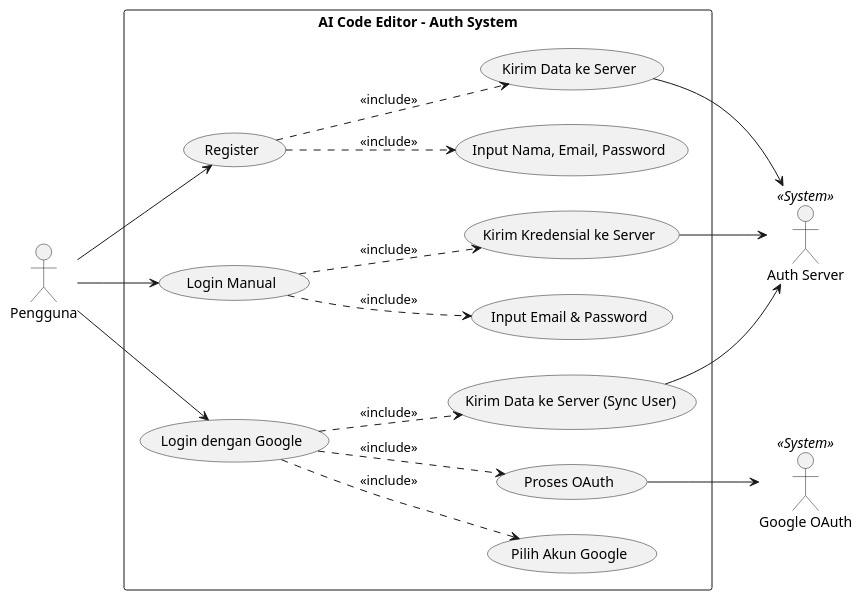
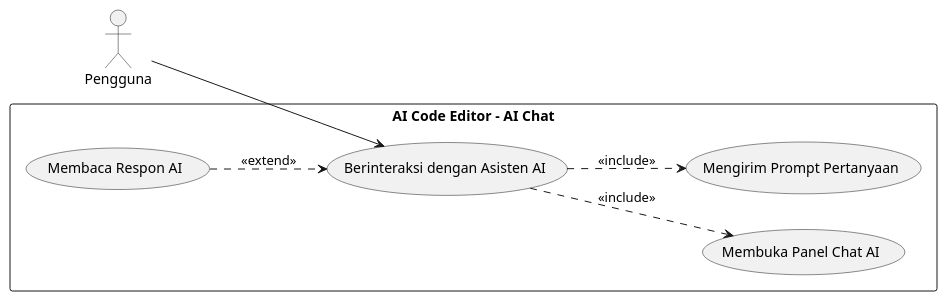
The tenth of 11 diagrams in activity_diagram.md (FAJRIKUN-MAKALALAG/Backend-aicode), drawn with PlantUML before and after one commit. The commit also changed other lines of this file and 1 other file, not shown here.

Commit message:
perbaiki fetch data untuk admin panel kuesioner

````diff
--- a/activity_diagram.md
+++ b/activity_diagram.md
@@ -340,58 +368,25 @@
 ```plantuml
-@startuml UseCase_Auth_Flow_Clean
+@startuml UseCase_AIChat
 left to right direction
 skinparam packageStyle rectangle
 skinparam shadowing false
 
 ' ================= ACTORS =================
 actor "Pengguna" as user
-actor "Google OAuth" as google <<System>>
-actor "Auth Server" as server <<System>>
 
 ' ================= SYSTEM =================
-rectangle "AI Code Editor - Auth System" {
-
-  ' MAIN ACTIONS
-  usecase "Register" as UC_Register
-  usecase "Login Manual" as UC_Login_Manual
-  usecase "Login dengan Google" as UC_Login_Google
-
-  ' REGISTER FLOW
-  usecase "Input Nama, Email, Password" as UC_Input_Register
-  usecase "Kirim Data ke Server" as UC_Send_Register
-
-  ' LOGIN MANUAL FLOW
-  usecase "Input Email & Password" as UC_Input_Login
-  usecase "Kirim Kredensial ke Server" as UC_Send_Login
-
-  ' GOOGLE LOGIN FLOW
-  usecase "Pilih Akun Google" as UC_Select_Google
-  usecase "Proses OAuth" as UC_OAuth
-  usecase "Kirim Data ke Server (Sync User)" as UC_Send_Google
+rectangle "AI Code Editor - AI Chat" {
+  usecase "Membuka Panel Chat AI" as UC_Open
+  usecase "Mengirim Prompt Pertanyaan" as UC_Send
+  usecase "Berinteraksi dengan Asisten AI" as UC_Chat
+  usecase "Membaca Respon AI" as UC_Receive
 }
 
-' ================= USER =================
-user --> UC_Register
-user --> UC_Login_Manual
-user --> UC_Login_Google
+' ================= RELATIONS =================
+user --> UC_Chat
 
-' ================= REGISTER =================
-UC_Register ..> UC_Input_Register : <<include>>
-UC_Register ..> UC_Send_Register : <<include>>
-UC_Send_Register --> server
-
-' ================= LOGIN MANUAL =================
-UC_Login_Manual ..> UC_Input_Login : <<include>>
-UC_Login_Manual ..> UC_Send_Login : <<include>>
-UC_Send_Login --> server
-
-' ================= GOOGLE LOGIN =================
-UC_Login_Google ..> UC_Select_Google : <<include>>
-UC_Login_Google ..> UC_OAuth : <<include>>
-UC_Login_Google ..> UC_Send_Google : <<include>>
-
-UC_OAuth --> google
-UC_Send_Google --> server
-
+UC_Chat ..> UC_Open : <<include>>
+UC_Chat ..> UC_Send : <<include>>
+UC_Receive ..> UC_Chat : <<extend>>
 @enduml
 ```
````
